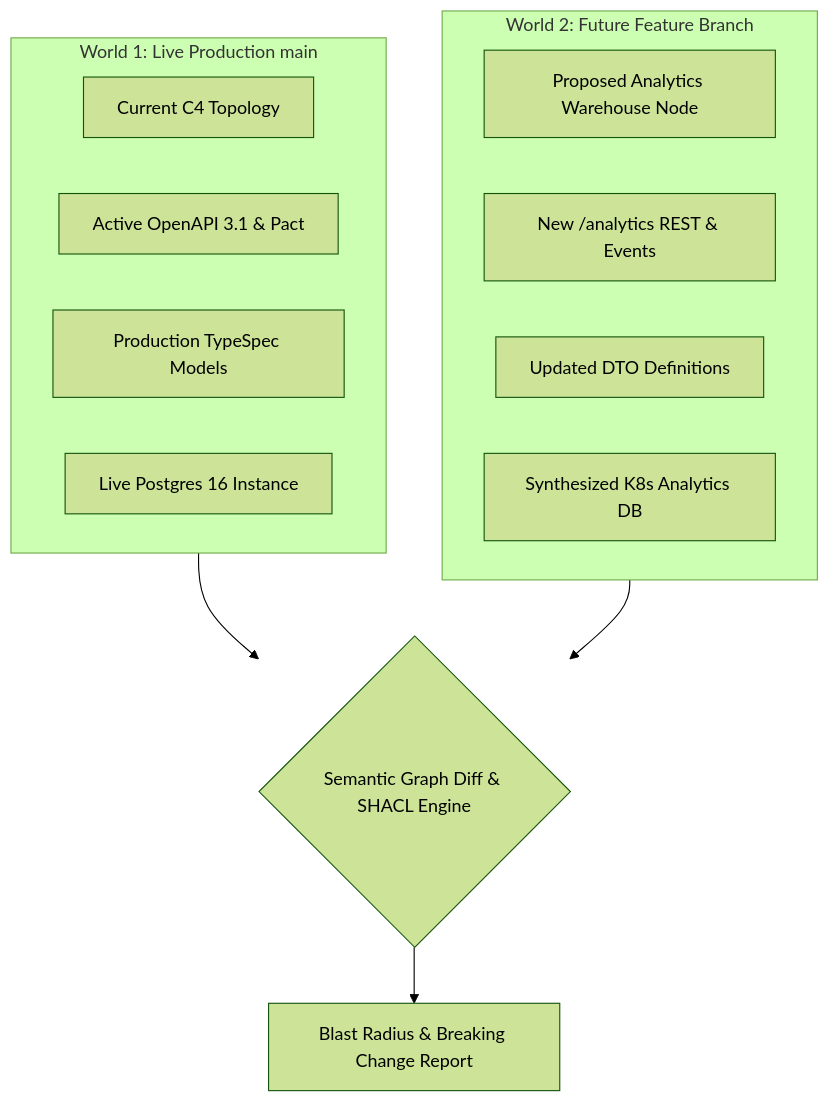
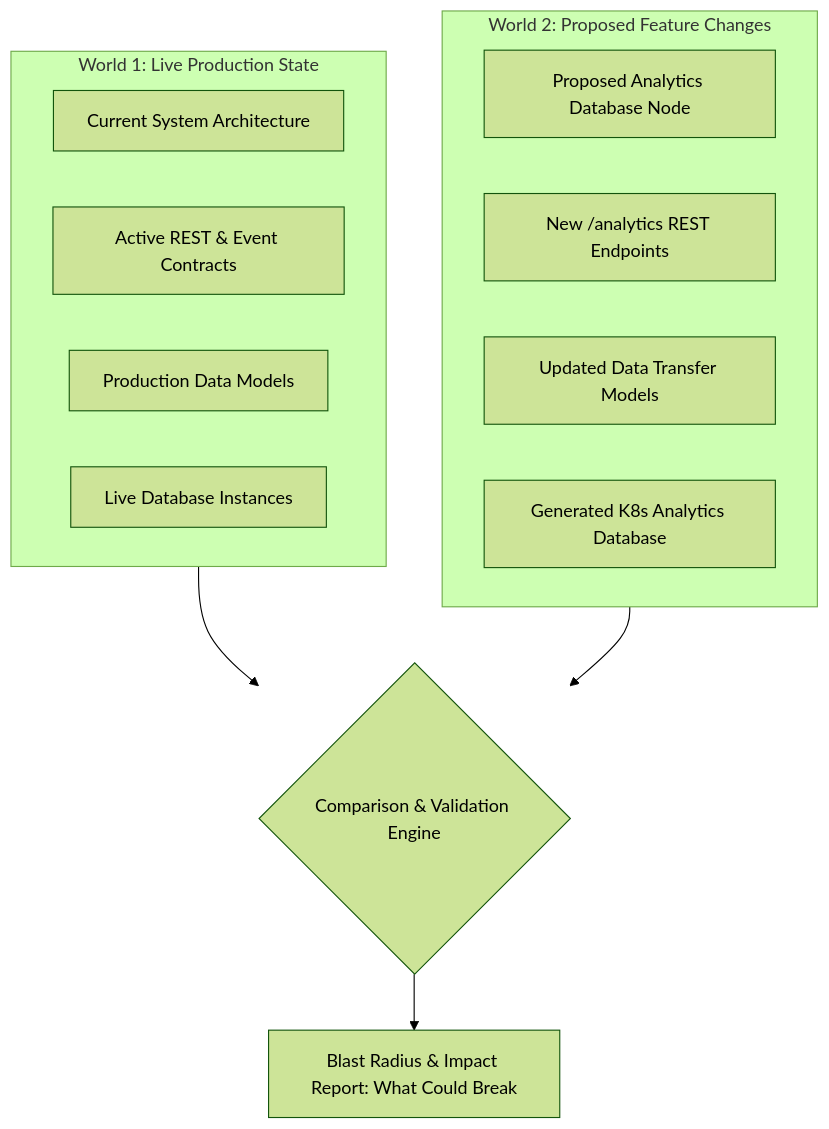
Before and after one commit to nddipiazza/robos: the first of 5 diagrams in docs/index.md, drawn with Mermaid (forest theme). The commit also changed other lines of this file and 5 other files, not shown here.

````diff
--- a/docs/index.md
+++ b/docs/index.md
@@ -69,21 +69,21 @@
 ```mermaid
 graph TD
-    subgraph World1 [World 1: Live Production main]
-        P_Topo[Current C4 Topology]
-        P_Contract[Active OpenAPI 3.1 & Pact]
-        P_Schema[Production TypeSpec Models]
-        P_DB[Live Postgres 16 Instance]
+    subgraph World1 [World 1: Live Production State]
+        P_Topo[Current System Architecture]
+        P_Contract[Active REST & Event Contracts]
+        P_Schema[Production Data Models]
+        P_DB[Live Database Instances]
     end
 
-    subgraph World2 [World 2: Future Feature Branch]
-        F_Topo[Proposed Analytics Warehouse Node]
-        F_Contract[New /analytics REST & Events]
-        F_Schema[Updated DTO Definitions]
-        F_DB[Synthesized K8s Analytics DB]
+    subgraph World2 [World 2: Proposed Feature Changes]
+        F_Topo[Proposed Analytics Database Node]
+        F_Contract[New /analytics REST Endpoints]
+        F_Schema[Updated Data Transfer Models]
+        F_DB[Generated K8s Analytics Database]
     end
 
-    Diff{Semantic Graph Diff & SHACL Engine}
+    Diff{Comparison & Validation Engine}
     World1 --> Diff
     World2 --> Diff
-    Diff --> Radius[Blast Radius & Breaking Change Report]
+    Diff --> Radius[Blast Radius & Impact Report: What Could Break]
 ```
````
